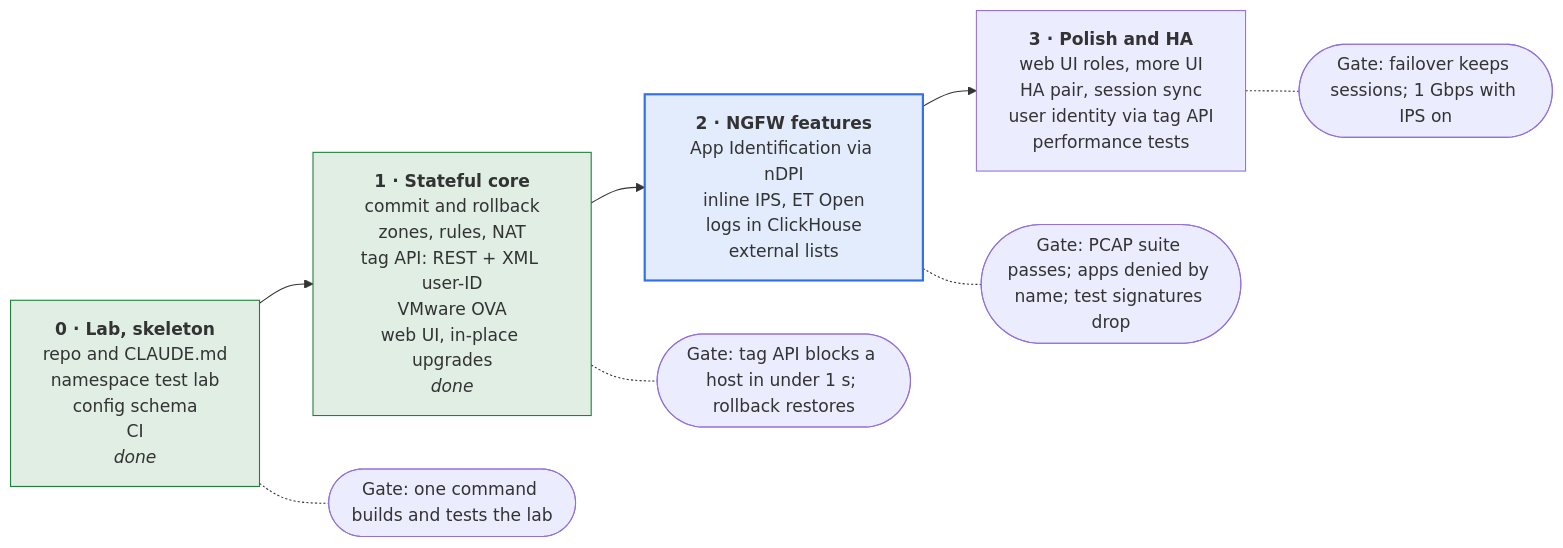
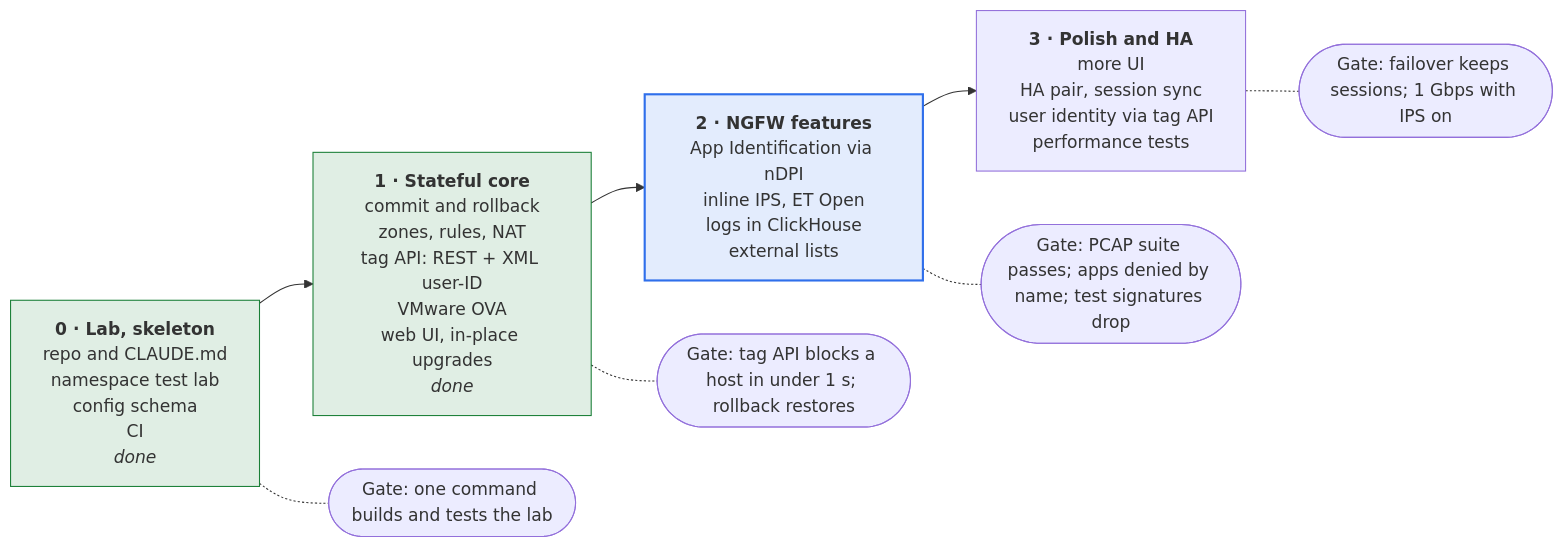
Before and after one commit to stevejboyle/hobby-ngfw: the sixth of 6 diagrams in docs/architecture.md, drawn with Mermaid. The commit also changed other lines of this file and 4 other files, not shown here.

First line of the commit message:
Docs: users and roles in the guide, README, architecture, effort log

````diff
--- a/docs/architecture.md
+++ b/docs/architecture.md
@@ -464,17 +481,17 @@
 ```mermaid
 flowchart LR
   p0["<b>0 · Lab, skeleton</b><br/>repo and CLAUDE.md<br/>namespace test lab<br/>config schema<br/>CI<br/><i>done</i>"]
   p1["<b>1 · Stateful core</b><br/>commit and rollback<br/>zones, rules, NAT<br/>tag API: REST + XML user-ID<br/>VMware OVA<br/>web UI, in-place upgrades<br/><i>done</i>"]
   p2["<b>2 · NGFW features</b><br/>App Identification via nDPI<br/>inline IPS, ET Open<br/>logs in ClickHouse<br/>external lists"]
-  p3["<b>3 · Polish and HA</b><br/>web UI roles, more UI<br/>HA pair, session sync<br/>user identity via tag API<br/>performance tests"]
+  p3["<b>3 · Polish and HA</b><br/>more UI<br/>HA pair, session sync<br/>user identity via tag API<br/>performance tests"]
   p0 --> p1 --> p2 --> p3
   p0 -.- g0(["Gate: one command builds and tests the lab"])
   p1 -.- g1(["Gate: tag API blocks a host in under 1 s; rollback restores"])
   p2 -.- g2(["Gate: PCAP suite passes; apps denied by name; test signatures drop"])
   p3 -.- g3(["Gate: failover keeps sessions; 1 Gbps with IPS on"])
 
   classDef done fill:#1a7f3722,stroke:#1a7f37
   classDef main fill:#2f6feb22,stroke:#2f6feb,stroke-width:2px
   class p0,p1 done
   class p2 main
 ```
````
